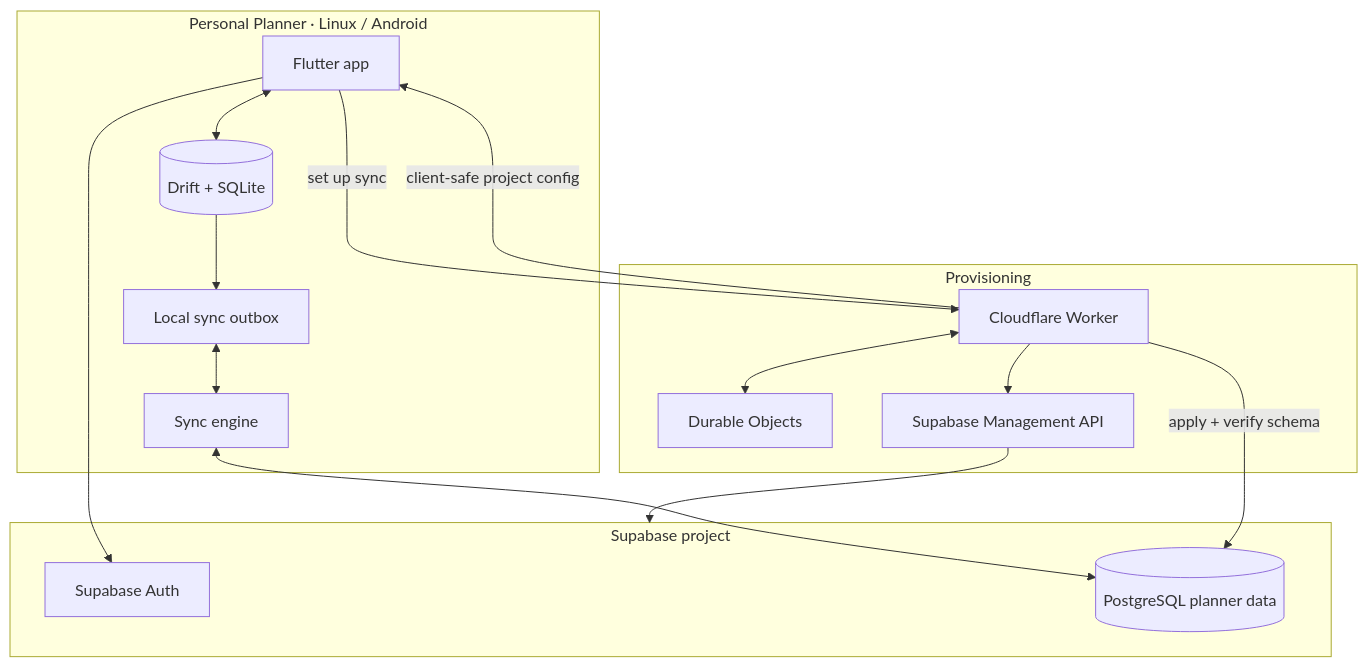
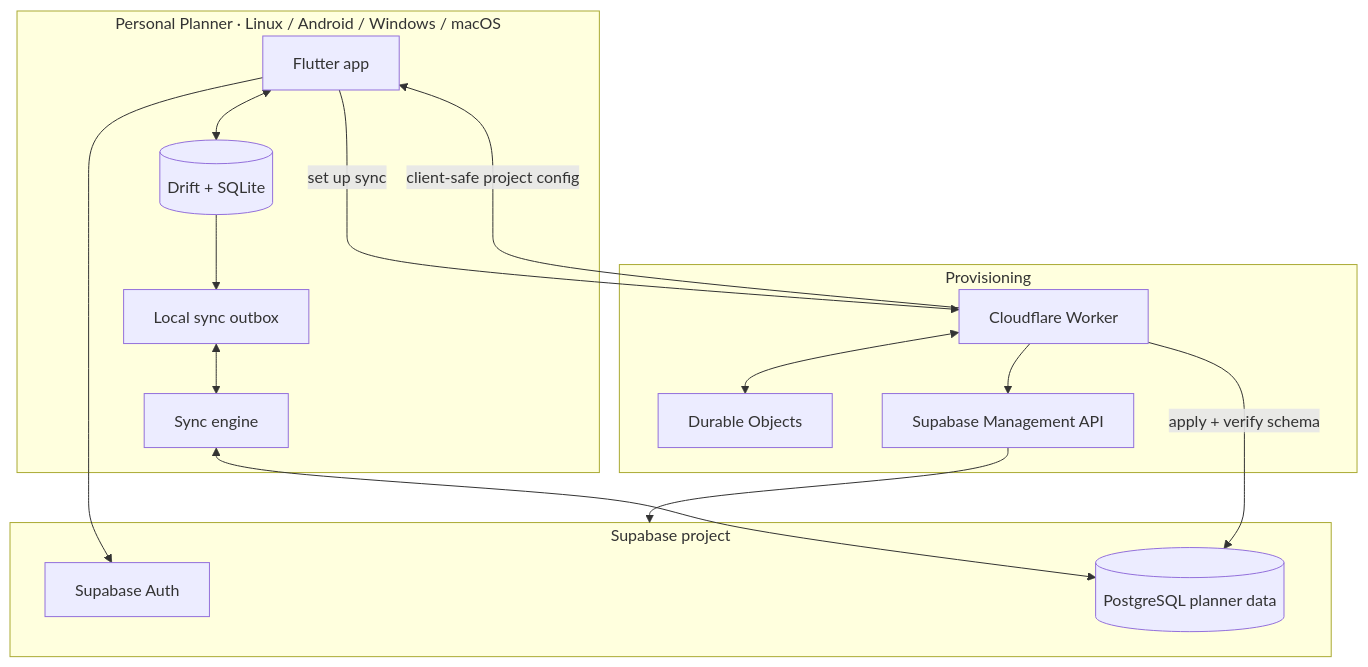
Before and after one commit to Karthikshabari/PersonalPlanner: the diagram in README.md, drawn with Mermaid. The commit also changed other lines of this file and 8 other files, not shown here.

````diff
--- a/README.md
+++ b/README.md
@@ -157,35 +283,35 @@
 ```mermaid
 flowchart TB
-    subgraph Device["Personal Planner · Linux / Android"]
+    subgraph Device["Personal Planner · Linux / Android / Windows / macOS"]
         UI["Flutter app"]
         Local[("Drift + SQLite")]
         Outbox["Local sync outbox"]
         Sync["Sync engine"]
 
         UI <--> Local
         Local --> Outbox
         Outbox <--> Sync
     end
 
     subgraph Project["Supabase project"]
         Auth["Supabase Auth"]
         Postgres[("PostgreSQL planner data")]
     end
 
     UI --> Auth
     Sync <--> Postgres
 
     subgraph Provisioning["Provisioning"]
         Worker["Cloudflare Worker"]
         Durable["Durable Objects"]
         Management["Supabase Management API"]
 
         Worker <--> Durable
         Worker --> Management
     end
 
     UI -->|"set up sync"| Worker
     Management --> Project
     Worker -->|"apply + verify schema"| Postgres
     Worker -->|"client-safe project config"| UI
 ```
````
